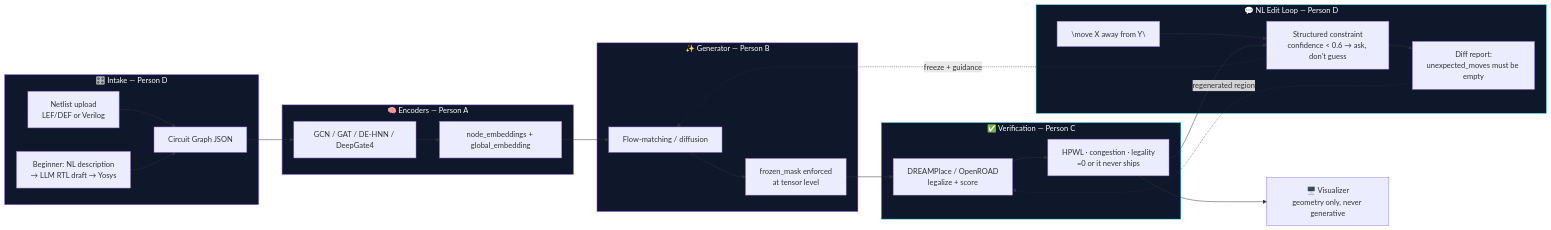
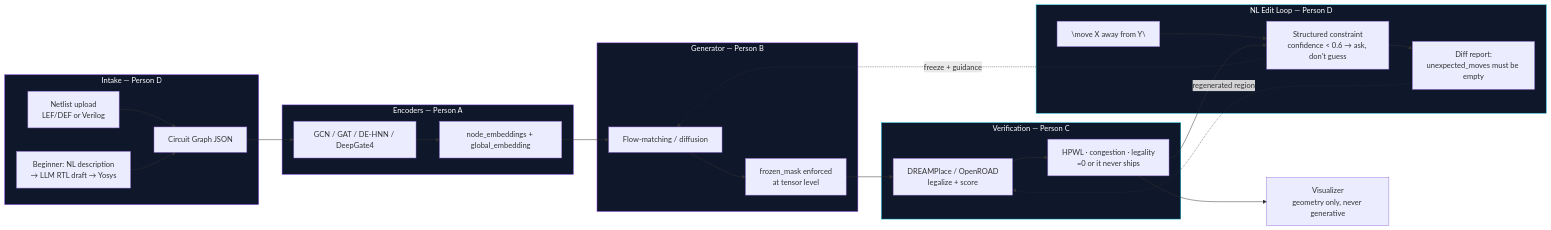
The diagram in README.md (nikhil191206/SiliconMind), drawn with Mermaid before and after one commit. The commit also changed other lines of this file, not shown here.

````diff
--- a/README.md
+++ b/README.md
@@ -36,49 +38,49 @@
 ```mermaid
 flowchart LR
-    subgraph intake["🎛️ Intake — Person D"]
+    subgraph intake["Intake — Person D"]
         A1["Netlist upload\nLEF/DEF or Verilog"]
         A2["Beginner: NL description\n→ LLM RTL draft → Yosys"]
         A1 --> A3
         A2 --> A3
         A3["Circuit Graph JSON"]
     end
 
-    subgraph encode["🧠 Encoders — Person A"]
+    subgraph encode["Encoders — Person A"]
         B1["GCN / GAT / DE-HNN / DeepGate4"]
         B2["node_embeddings + global_embedding"]
         B1 --> B2
     end
 
-    subgraph generate["✨ Generator — Person B"]
+    subgraph generate["Generator — Person B"]
         C1["Flow-matching / diffusion"]
         C2["frozen_mask enforced\nat tensor level"]
         C1 --> C2
     end
 
-    subgraph verify["✅ Verification — Person C"]
+    subgraph verify["Verification — Person C"]
         D1["DREAMPlace / OpenROAD\nlegalize + score"]
         D2["HPWL · congestion · legality\n=0 or it never ships"]
         D1 --> D2
     end
 
-    subgraph edit["💬 NL Edit Loop — Person D"]
+    subgraph edit["NL Edit Loop — Person D"]
         E1["\"move X away from Y\""]
         E2["Structured constraint\nconfidence < 0.6 → ask, don't guess"]
         E3["Diff report:\nunexpected_moves must be empty"]
         E1 --> E2 --> E3
     end
 
     A3 --> B1
     B2 --> C1
     C2 --> D1
     D2 --> E2
     E2 -.freeze + guidance.-> C1
     E3 -.regenerated region.-> D1
-    D2 --> F["🖥️ Visualizer\ngeometry only, never generative"]
+    D2 --> F["Visualizer\ngeometry only, never generative"]
 
     style intake fill:#0f172a,stroke:#6d28d9,color:#fff
     style encode fill:#0f172a,stroke:#8b5cf6,color:#fff
     style generate fill:#0f172a,stroke:#a855f7,color:#fff
     style verify fill:#0f172a,stroke:#06b6d4,color:#fff
     style edit fill:#0f172a,stroke:#22d3ee,color:#fff
 ```
````
